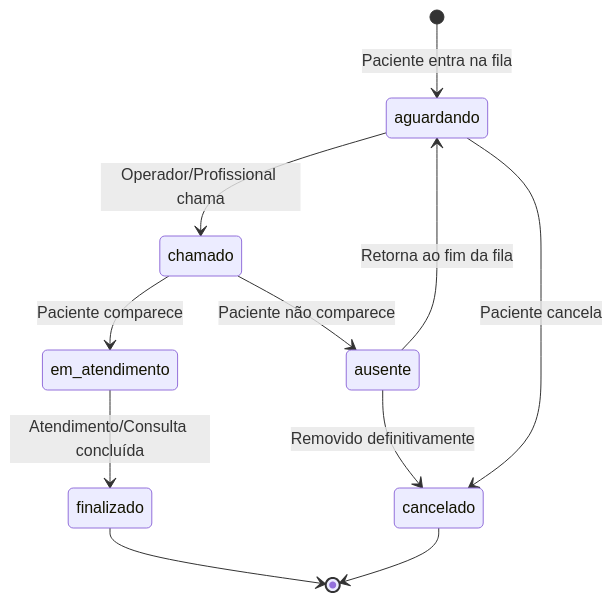
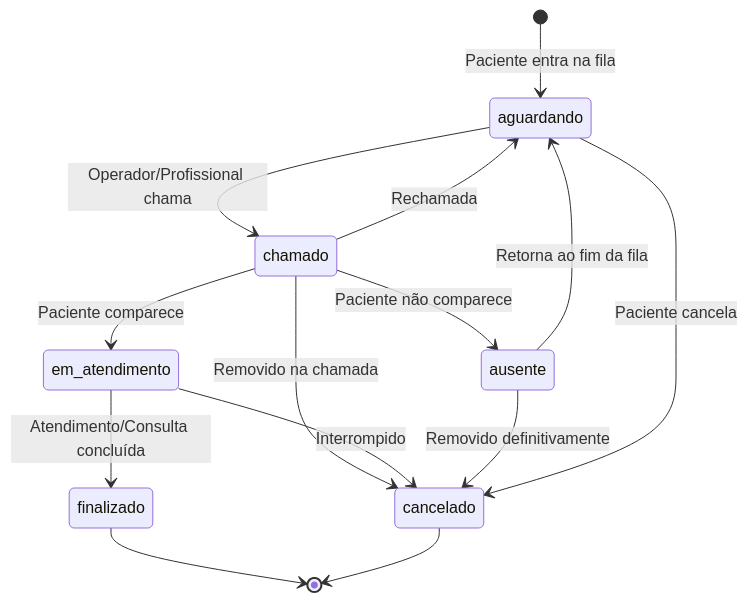
One commit to aguardai/aguard.ai-web-app changed the fourth of 4 diagrams in entregas/entrega-02.md. Above: the diagram before and after it, drawn with Mermaid. The commit also changed other lines of this file and 17 other files, not shown here.

Commit message:
feat: initialize database schema with core multi-tenant tables, RLS policies, audit functions, and seed data

````diff
--- a/entregas/entrega-02.md
+++ b/entregas/entrega-02.md
@@ -358,13 +395,16 @@
 ```mermaid
 stateDiagram-v2
     [*] --> aguardando : Paciente entra na fila
     aguardando --> chamado : Operador/Profissional chama
     chamado --> em_atendimento : Paciente comparece
     chamado --> ausente : Paciente não comparece
+    chamado --> aguardando : Rechamada
+    chamado --> cancelado : Removido na chamada
     em_atendimento --> finalizado : Atendimento/Consulta concluída
+    em_atendimento --> cancelado : Interrompido
     ausente --> aguardando : Retorna ao fim da fila
     ausente --> cancelado : Removido definitivamente
     aguardando --> cancelado : Paciente cancela
     finalizado --> [*]
     cancelado --> [*]
 ```
````
